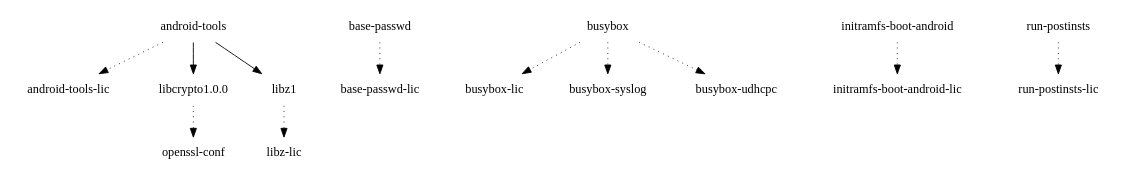
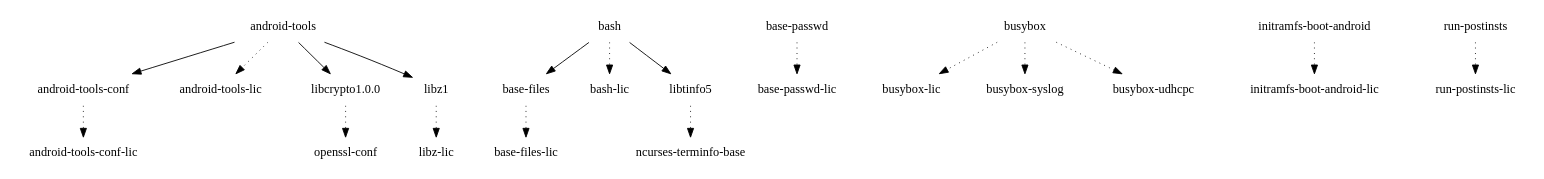
One commit to webOS-ports/buildhistory changed the diagram in images/maguro/eglibc/initramfs-android-image/depends-nokernel-nolibc-noupdate.dot. Above: the diagram before and after it, drawn with Graphviz. The commit also changed 11 other files, not shown here.

```diff
--- a/images/maguro/eglibc/initramfs-android-image/depends-nokernel-nolibc-noupdate.dot
+++ b/images/maguro/eglibc/initramfs-android-image/depends-nokernel-nolibc-noupdate.dot
@@ -1,14 +1,21 @@
 digraph depends {
     node [shape=plaintext]
+"android-tools" -> "android-tools-conf";
 "android-tools" -> "android-tools-lic" [style=dotted];
 "android-tools" -> "libcrypto1.0.0";
 "android-tools" -> "libz1";
+"android-tools-conf" -> "android-tools-conf-lic" [style=dotted];
+"base-files" -> "base-files-lic" [style=dotted];
 "base-passwd" -> "base-passwd-lic" [style=dotted];
+"bash" -> "base-files";
+"bash" -> "bash-lic" [style=dotted];
+"bash" -> "libtinfo5";
 "busybox" -> "busybox-lic" [style=dotted];
 "busybox" -> "busybox-syslog" [style=dotted];
 "busybox" -> "busybox-udhcpc" [style=dotted];
 "initramfs-boot-android" -> "initramfs-boot-android-lic" [style=dotted];
 "libcrypto1.0.0" -> "openssl-conf" [style=dotted];
+"libtinfo5" -> "ncurses-terminfo-base" [style=dotted];
 "libz1" -> "libz-lic" [style=dotted];
 "run-postinsts" -> "run-postinsts-lic" [style=dotted];
 }
```
